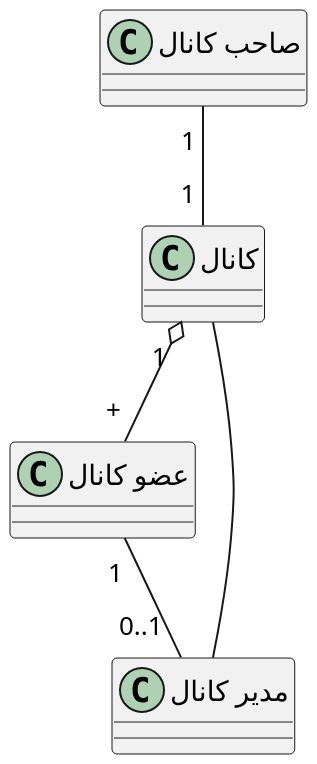
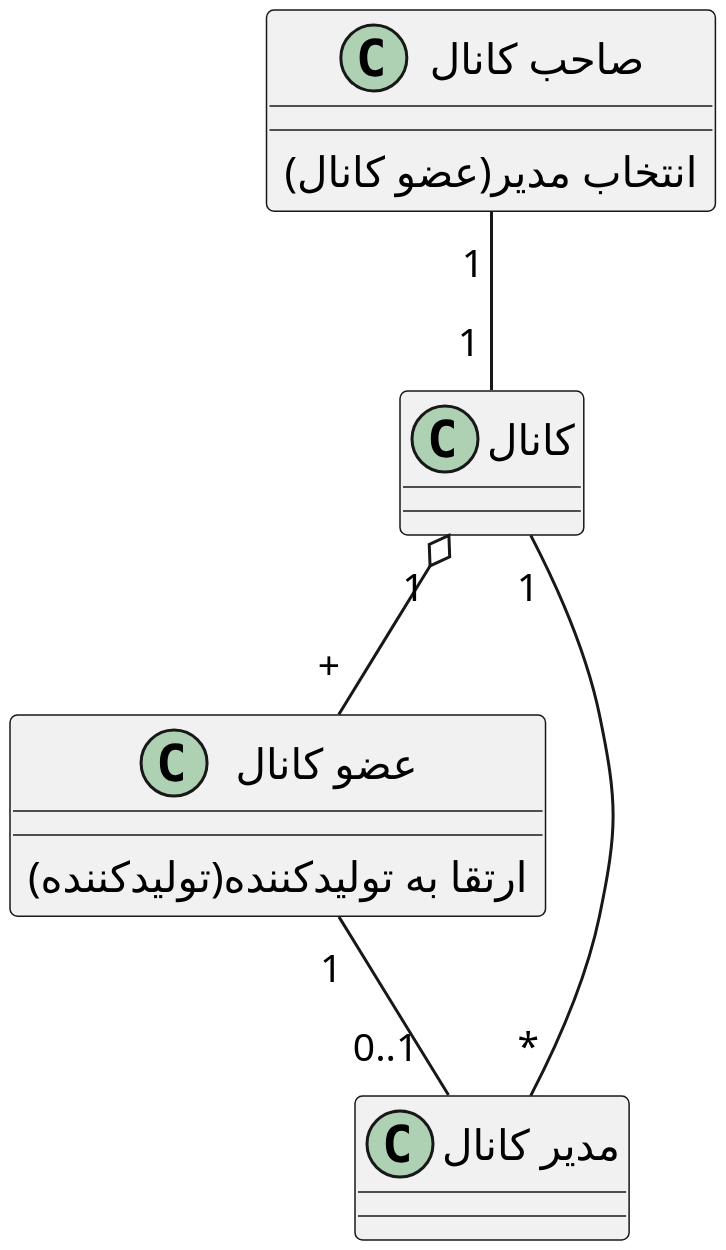
The diagram in Diagrams/Class/ChooseManager.puml (soleyman79/Qasedak), drawn with PlantUML before and after one commit. The commit also changed 1 other file, not shown here.

Commit message:
Complete choose manager

```diff
--- a/Diagrams/Class/ChooseManager.puml
+++ b/Diagrams/Class/ChooseManager.puml
@@ -1,24 +1,29 @@
 @startuml choose_manager
 
-scale 2
+
+scale 3
 skinparam DefaultFontName B Nazanin
 skinparam ArrowMessageAlignment right
 
+
 class "صاحب کانال" as owner {
+    انتخاب مدیر(عضو کانال)
 }
 
 class "کانال" as chanel {
 }
 
 class "عضو کانال" as member {
+    ارتقا به تولیدکننده(تولیدکننده)
 }
 
 class "مدیر کانال" as manager {
 }
 
 owner "         1" -- "         1" chanel
 chanel "            1" o-- "            +" member
 member "        1" -- "          0..1" manager
-chanel -- manager
+chanel "1" -- "*" manager
+
 
 @enduml
```
